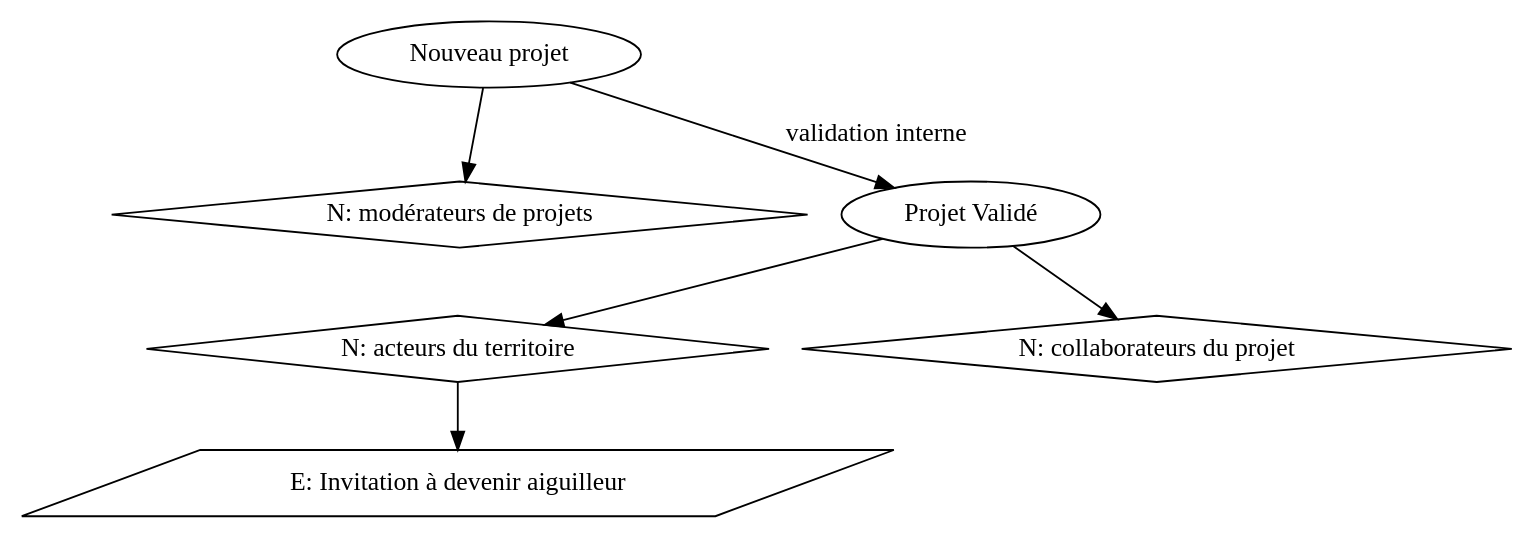
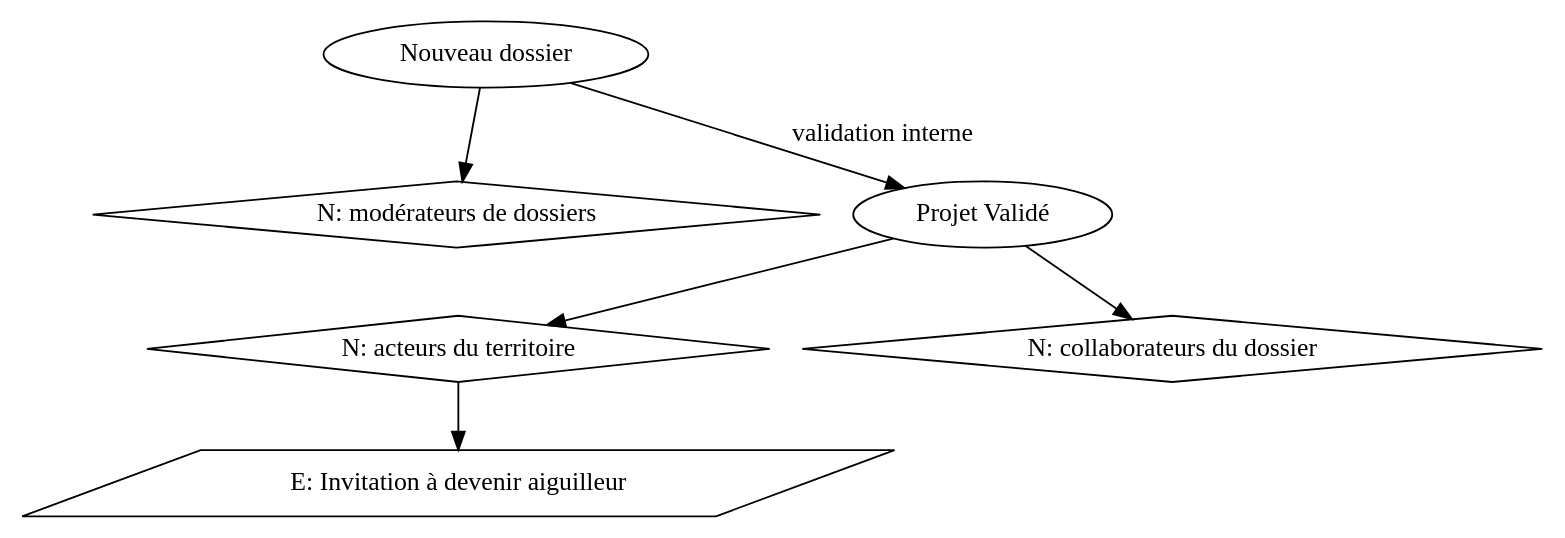
Before and after one commit to betagouv/recommandations-collaboratives: the first of 6 diagrams in docs/workflows.rst, drawn with Graphviz. The commit also changed other lines of this file and 11 other files, not shown here.

Commit message:
[fix] update terminology from "projet" to "dossier" in SQL, documentation, and templates

```diff
--- a/docs/workflows.rst
+++ b/docs/workflows.rst
@@ -7,16 +7,16 @@
 .. graphviz::
 
    digraph foo {
-      "N: modérateurs de projets"[shape="diamond"];
+      "N: modérateurs de dossiers"[shape="diamond"];
       "N: acteurs du territoire"[shape="diamond"];
-      "N: collaborateurs du projet"[shape="diamond"];
+      "N: collaborateurs du dossier"[shape="diamond"];
 
       "E: Invitation à devenir aiguilleur"[shape="parallelogram"];
 
-      "Nouveau projet" -> "N: modérateurs de projets";
-      "Nouveau projet" -> "Projet Validé" [label="validation interne"];
+      "Nouveau dossier" -> "N: modérateurs de dossiers";
+      "Nouveau dossier" -> "Projet Validé" [label="validation interne"];
       "Projet Validé" -> "N: acteurs du territoire";
-      "Projet Validé" -> "N: collaborateurs du projet";
+      "Projet Validé" -> "N: collaborateurs du dossier";
 
       "N: acteurs du territoire" -> "E: Invitation à devenir aiguilleur";
    }
```
